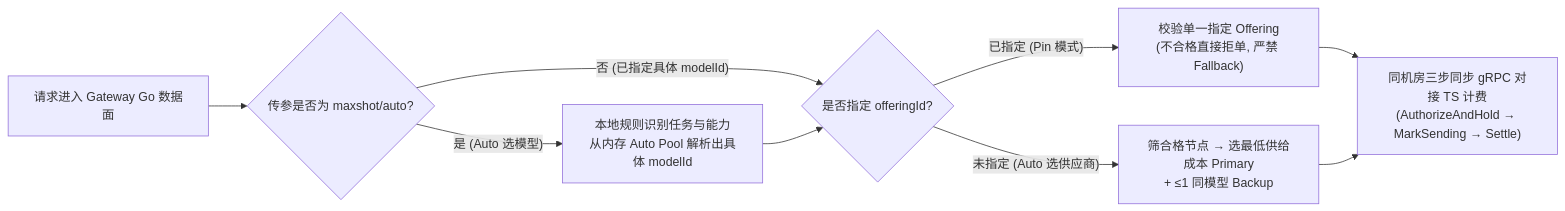
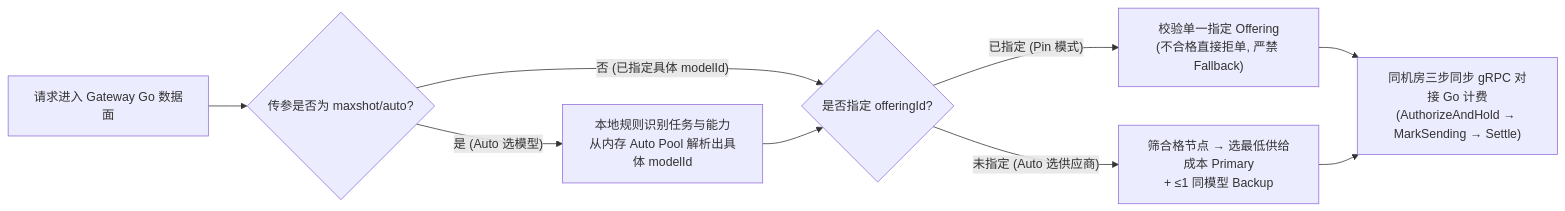
One commit to MaxShotLab/maxshot-proto changed the second of 2 diagrams in architecture/six-repo-mesh-architecture.md. Above: the diagram before and after it, drawn with Mermaid. The commit also changed other lines of this file and 11 other files, not shown here.

````diff
--- a/architecture/six-repo-mesh-architecture.md
+++ b/architecture/six-repo-mesh-architecture.md
@@ -194,11 +175,11 @@
 ```mermaid
 flowchart LR
     REQ["请求进入 Gateway Go 数据面"] --> MODE{"传参是否为 maxshot/auto?"}
     MODE -->|"是 (Auto 选模型)"| AUTO["本地规则识别任务与能力<br/>从内存 Auto Pool 解析出具体 modelId"]
     MODE -->|"否 (已指定具体 modelId)"| PIN{"是否指定 offeringId?"}
     AUTO --> PIN
     PIN -->|"已指定 (Pin 模式)"| ONE["校验单一指定 Offering<br/>(不合格直接拒单, 严禁 Fallback)"]
     PIN -->|"未指定 (Auto 选供应商)"| TWO["筛合格节点 → 选最低供给成本 Primary<br/>+ ≤1 同模型 Backup"]
-    ONE --> HOLD["同机房三步同步 gRPC 对接 TS 计费<br/>(AuthorizeAndHold → MarkSending → Settle)"]
+    ONE --> HOLD["同机房三步同步 gRPC 对接 Go 计费<br/>(AuthorizeAndHold → MarkSending → Settle)"]
     TWO --> HOLD
 ```
````
